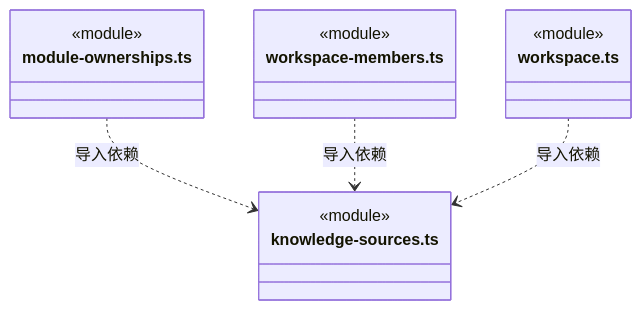
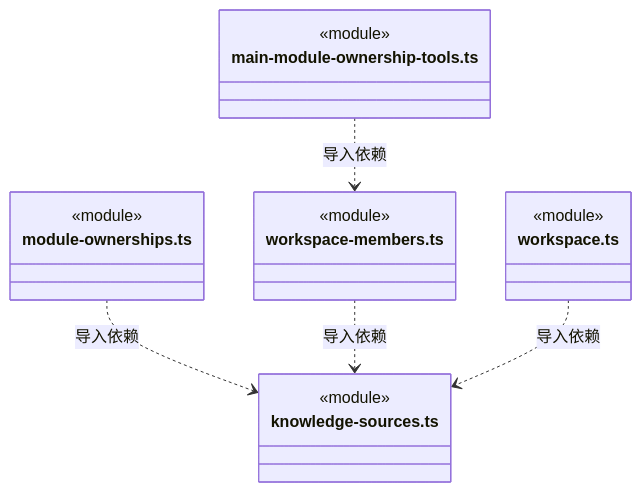
Before and after one commit to nan023062/cbim: diagram 23 of 24 in src/backend/main/workspace/ARCHITECTURE.md, drawn with Mermaid. The commit also changed other lines of this file and 53 other files, not shown here.

````diff
--- a/src/backend/main/workspace/ARCHITECTURE.md
+++ b/src/backend/main/workspace/ARCHITECTURE.md
@@ -494,18 +540,22 @@
 ```mermaid
 classDiagram
+class N_src_backend_main_workspace_main_module_ownership_tools_ts["main-module-ownership-tools.ts"] {
+  <<module>>
+}
+class N_src_backend_main_workspace_workspace_members_ts["workspace-members.ts"] {
+  <<module>>
+}
 class N_src_backend_main_workspace_module_ownerships_ts["module-ownerships.ts"] {
   <<module>>
 }
 class N_src_backend_main_workspace_knowledge_sources_ts["knowledge-sources.ts"] {
   <<module>>
 }
-class N_src_backend_main_workspace_workspace_members_ts["workspace-members.ts"] {
-  <<module>>
-}
 class N_src_backend_main_workspace_workspace_ts["workspace.ts"] {
   <<module>>
 }
+N_src_backend_main_workspace_main_module_ownership_tools_ts ..> N_src_backend_main_workspace_workspace_members_ts : 导入依赖
 N_src_backend_main_workspace_module_ownerships_ts ..> N_src_backend_main_workspace_knowledge_sources_ts : 导入依赖
 N_src_backend_main_workspace_workspace_members_ts ..> N_src_backend_main_workspace_knowledge_sources_ts : 导入依赖
 N_src_backend_main_workspace_workspace_ts ..> N_src_backend_main_workspace_knowledge_sources_ts : 导入依赖
 ```
````
